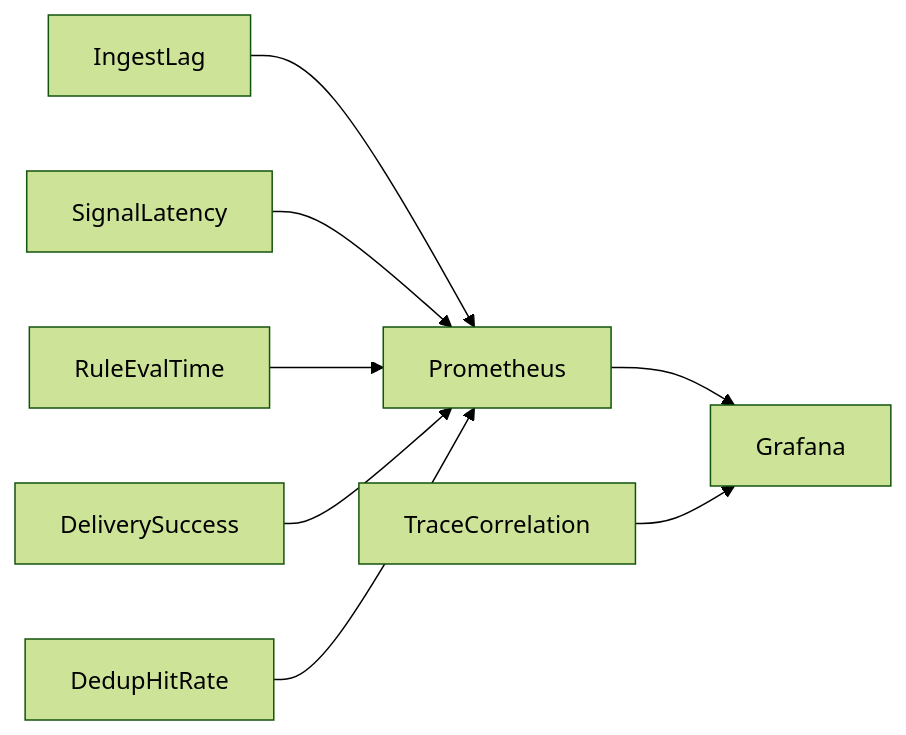
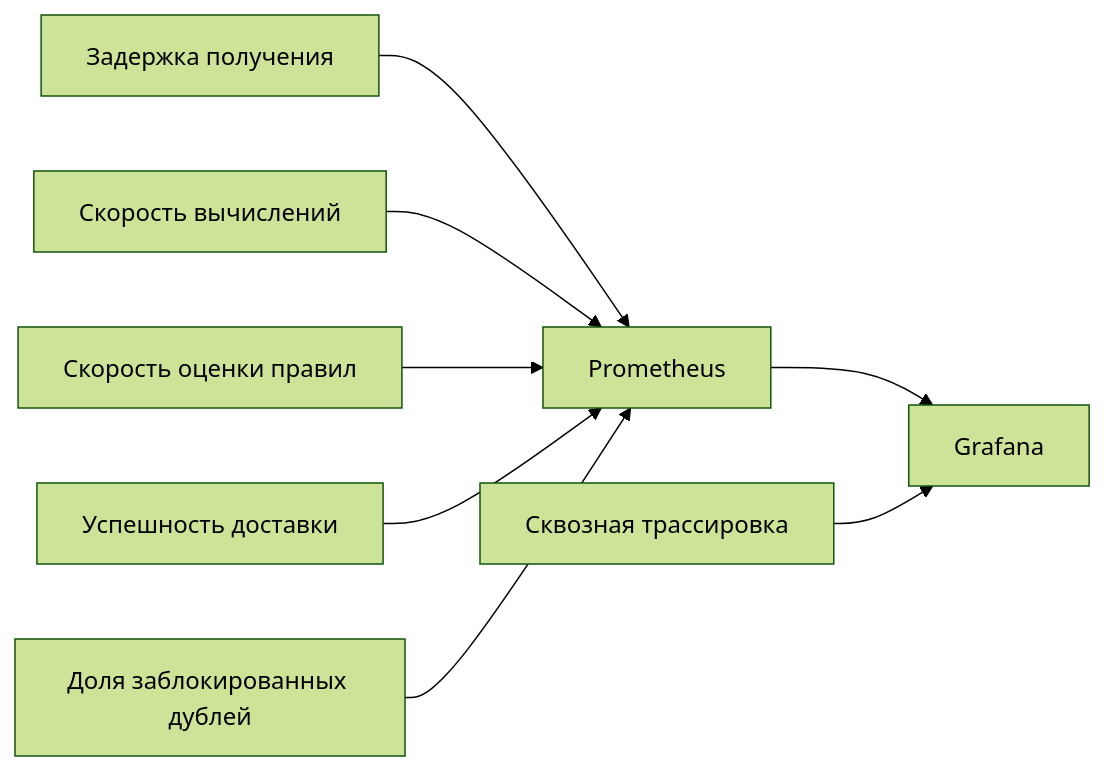
One commit to MarchenkoRuslan/alarm_system changed the sixth of 7 diagrams in docs/architecture/architecture-deck.md. Above: the diagram before and after it, drawn with Mermaid (forest theme). The commit also changed other lines of this file, not shown here.

Commit message:
Translate architecture documentation to Russian and update terminology for clarity and consistency.

````diff
--- a/docs/architecture/architecture-deck.md
+++ b/docs/architecture/architecture-deck.md
@@ -277,10 +276,10 @@
 ```mermaid
 flowchart LR
-  Ingest[IngestLag] --> Prom[Prometheus]
-  Compute[SignalLatency] --> Prom
-  Eval[RuleEvalTime] --> Prom
-  Deliver[DeliverySuccess] --> Prom
-  Dedup[DedupHitRate] --> Prom
+  Ingest[Задержка получения] --> Prom[Prometheus]
+  Compute[Скорость вычислений] --> Prom
+  Eval[Скорость оценки правил] --> Prom
+  Deliver[Успешность доставки] --> Prom
+  Dedup[Доля заблокированных дублей] --> Prom
   Prom --> Graf[Grafana]
-  OTel[TraceCorrelation] --> Graf
+  OTel[Сквозная трассировка] --> Graf
 ```
````
